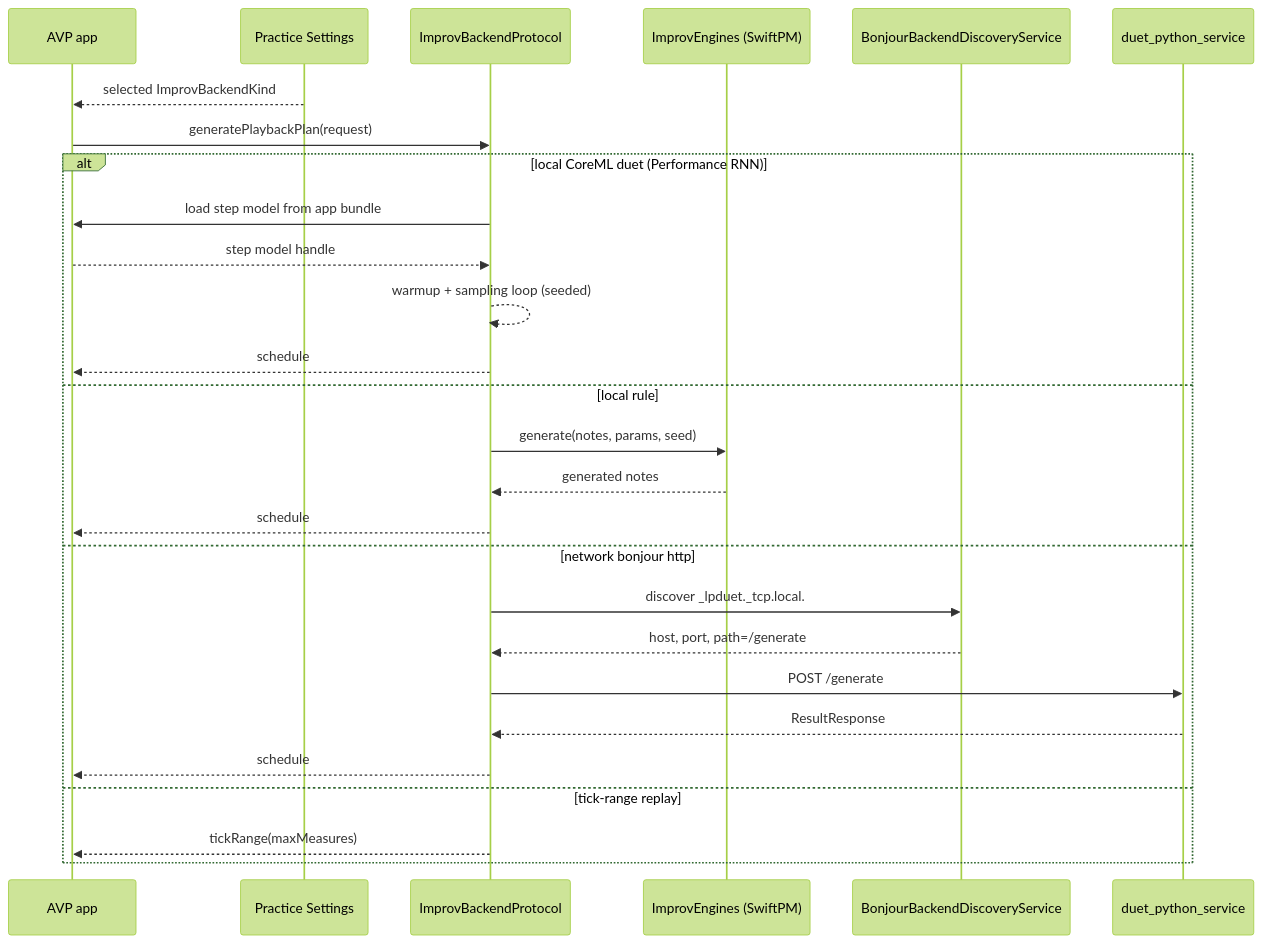
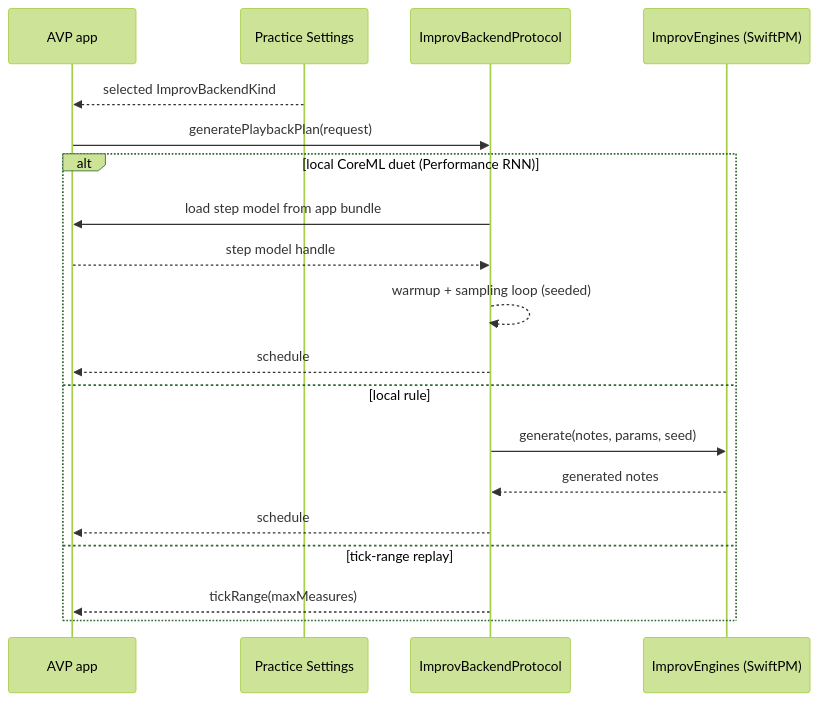
Before and after one commit to chiimagnus/Amoroso: the fourth of 4 diagrams in docs/data-flow.md, drawn with Mermaid (forest theme). The commit also changed other lines of this file and 34 other files, not shown here.

Commit message:
chore: 移除 Python Duet 后端并更新文档

````diff
--- a/docs/data-flow.md
+++ b/docs/data-flow.md
@@ -108,30 +106,22 @@
 ```mermaid
 sequenceDiagram
   participant AVP as AVP app
   participant Settings as Practice Settings
   participant Backend as ImprovBackendProtocol
   participant Engines as ImprovEngines (SwiftPM)
-  participant Bonjour as BonjourBackendDiscoveryService
-  participant API as duet_python_service
 
   Settings-->>AVP: selected ImprovBackendKind
   AVP->>Backend: generatePlaybackPlan(request)
   alt local CoreML duet (Performance RNN)
     Backend->>AVP: load step model from app bundle
     AVP-->>Backend: step model handle
     Backend-->>Backend: warmup + sampling loop (seeded)
     Backend-->>AVP: schedule
   else local rule
     Backend->>Engines: generate(notes, params, seed)
     Engines-->>Backend: generated notes
     Backend-->>AVP: schedule
-  else network bonjour http
-    Backend->>Bonjour: discover _lpduet._tcp.local.
-    Bonjour-->>Backend: host, port, path=/generate
-    Backend->>API: POST /generate
-    API-->>Backend: ResultResponse
-    Backend-->>AVP: schedule
   else tick-range replay
     Backend-->>AVP: tickRange(maxMeasures)
   end
 ```
````
